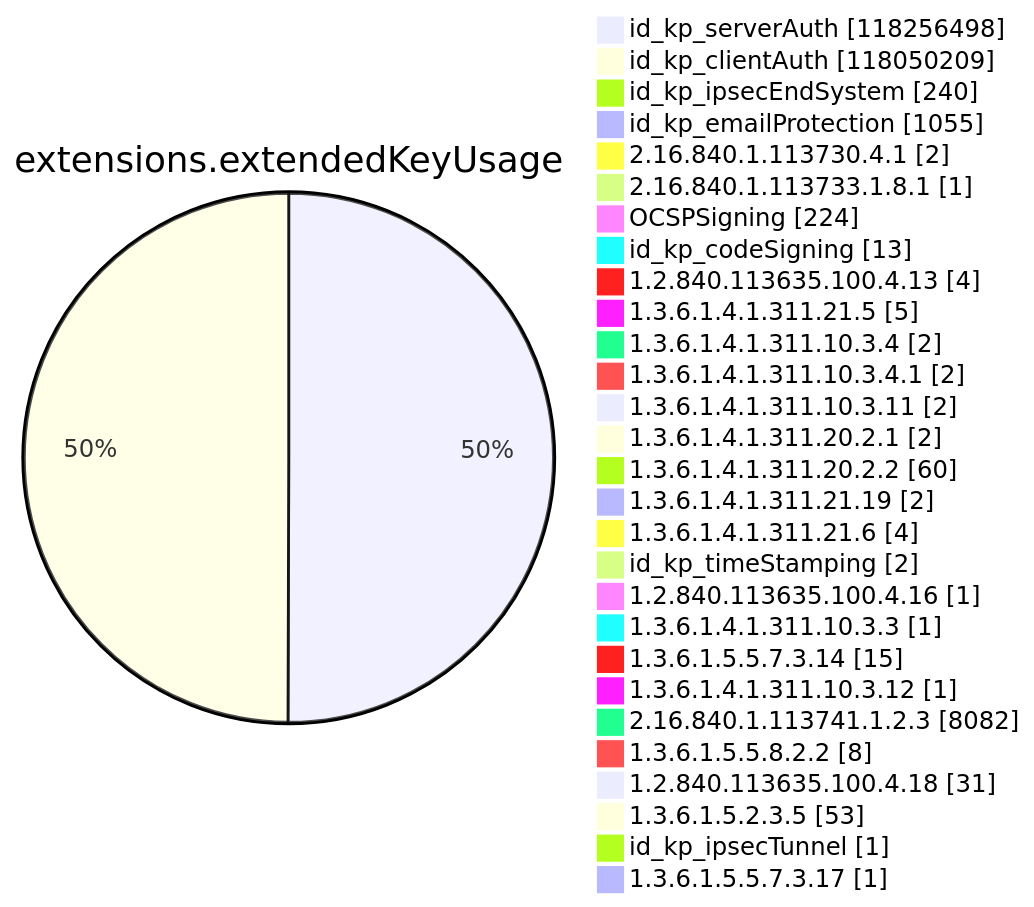
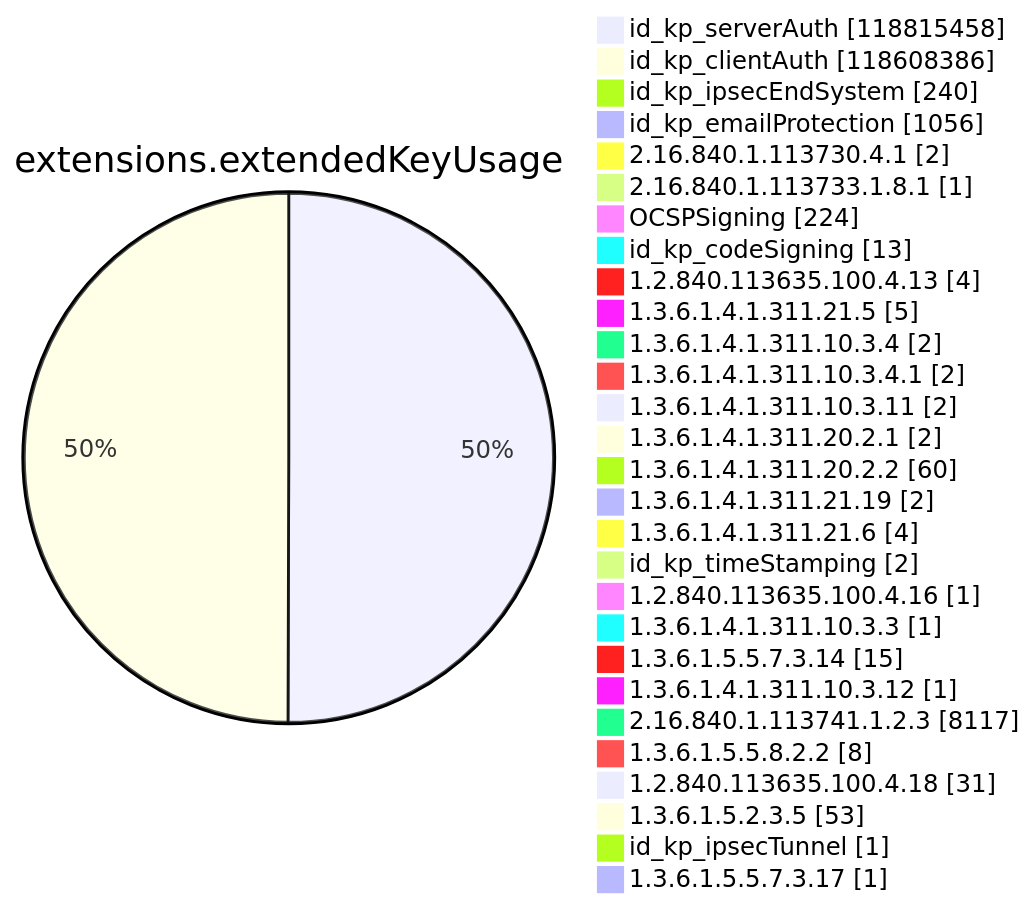
Before and after one commit to christiankrug/ctmonitor_visualization: diagram 11 of 15 in argon2023/README.md, drawn with Mermaid. The commit also changed other lines of this file, not shown here.

````diff
--- a/argon2023/README.md
+++ b/argon2023/README.md
@@ -2683,32 +2686,32 @@
 ```mermaid
 pie showData
 title extensions.extendedKeyUsage
-"id_kp_serverAuth" :118256498
-"id_kp_clientAuth" :118050209
+"id_kp_serverAuth" :118815458
+"id_kp_clientAuth" :118608386
 "id_kp_ipsecEndSystem" :240
-"id_kp_emailProtection" :1055
+"id_kp_emailProtection" :1056
 "2.16.840.1.113730.4.1" :2
 "2.16.840.1.113733.1.8.1" :1
 "OCSPSigning" :224
 "id_kp_codeSigning" :13
 "1.2.840.113635.100.4.13" :4
 "1.3.6.1.4.1.311.21.5" :5
 "1.3.6.1.4.1.311.10.3.4" :2
 "1.3.6.1.4.1.311.10.3.4.1" :2
 "1.3.6.1.4.1.311.10.3.11" :2
 "1.3.6.1.4.1.311.20.2.1" :2
 "1.3.6.1.4.1.311.20.2.2" :60
 "1.3.6.1.4.1.311.21.19" :2
 "1.3.6.1.4.1.311.21.6" :4
 "id_kp_timeStamping" :2
 "1.2.840.113635.100.4.16" :1
 "1.3.6.1.4.1.311.10.3.3" :1
 "1.3.6.1.5.5.7.3.14" :15
 "1.3.6.1.4.1.311.10.3.12" :1
-"2.16.840.1.113741.1.2.3" :8082
+"2.16.840.1.113741.1.2.3" :8117
 "1.3.6.1.5.5.8.2.2" :8
 "1.2.840.113635.100.4.18" :31
 "1.3.6.1.5.2.3.5" :53
 "id_kp_ipsecTunnel" :1
 "1.3.6.1.5.5.7.3.17" :1
 ```
````
